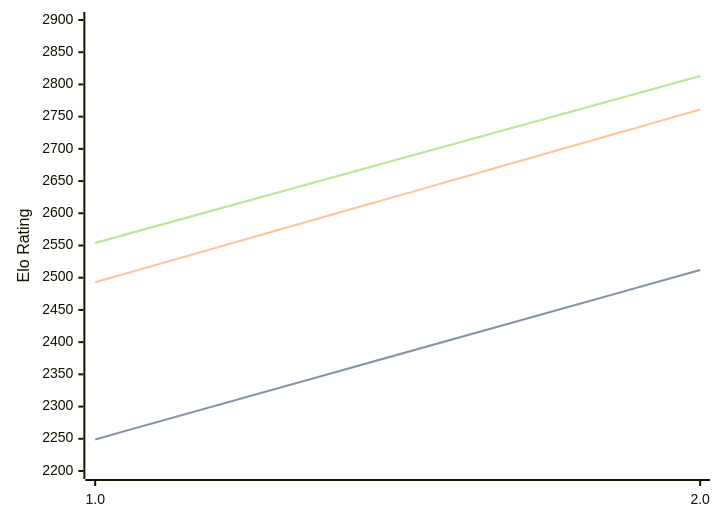
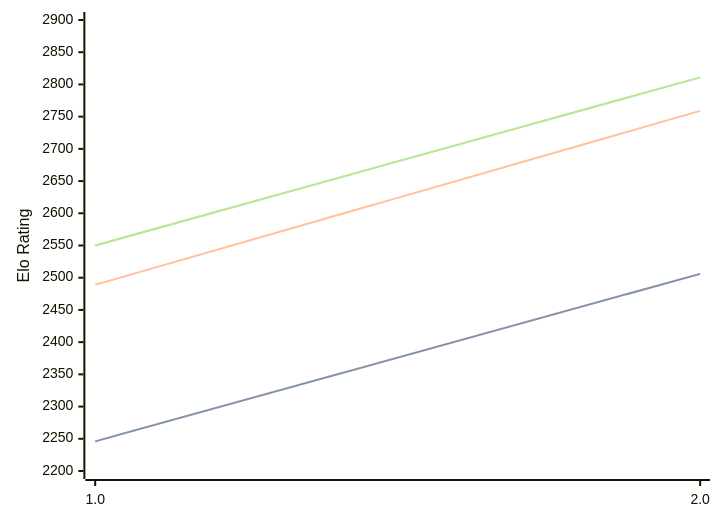
One commit to computer-chess-index/cci changed the diagram in engines/Revolver.md. Above: the diagram before and after it, drawn with Mermaid. The commit also changed other lines of this file, not shown here.

Commit message:
Update CCI Ratings (ELO VLTC) - 2026-08-12

````diff
--- a/engines/Revolver.md
+++ b/engines/Revolver.md
@@ -32,11 +32,11 @@
 ```mermaid
 %%{init: {"theme":"base","themeVariables":{"seriesColors:['#a3a3a3','#222221','#faa371']}}}%%
 xychart-beta
   x-axis ["1.0", "2.0"]
   y-axis "Elo Rating" 2200 --> 2900
-  line "STC (8.0+0.08s)" [2249, 2512]
-  line "STC (8.0+0.08s)" [2249, 2512]
-  line "LTC (60.0+0.60s)" [2493, 2761]
-  line "VLTC (2m24s+1.12s)" [2554, 2813]
-  line "VLTC (2m24s+1.12s)" [2554, 2813]
+  line "STC (8.0+0.08s)" [2246, 2506]
+  line "STC (8.0+0.08s)" [2246, 2506]
+  line "LTC (60.0+0.60s)" [2489, 2759]
+  line "VLTC (2m24s+1.12s)" [2550, 2811]
+  line "VLTC (2m24s+1.12s)" [2550, 2811]
 ```
````
